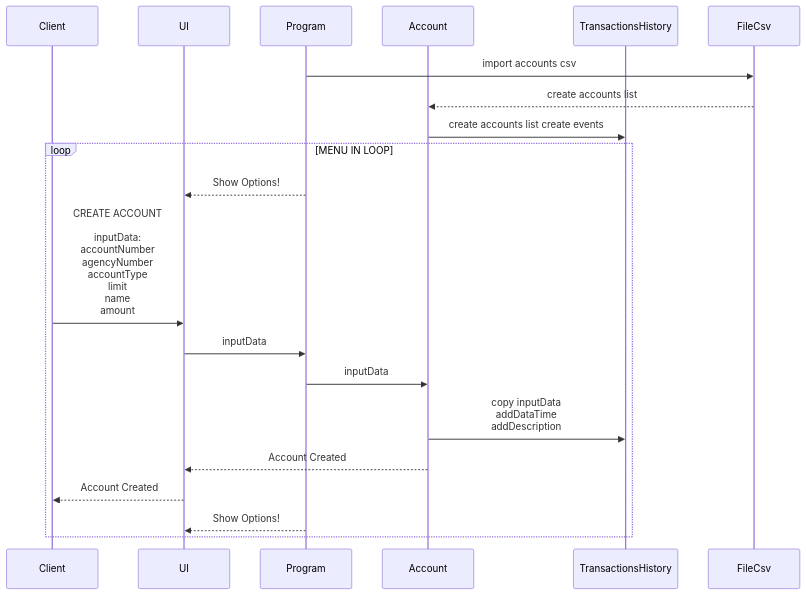
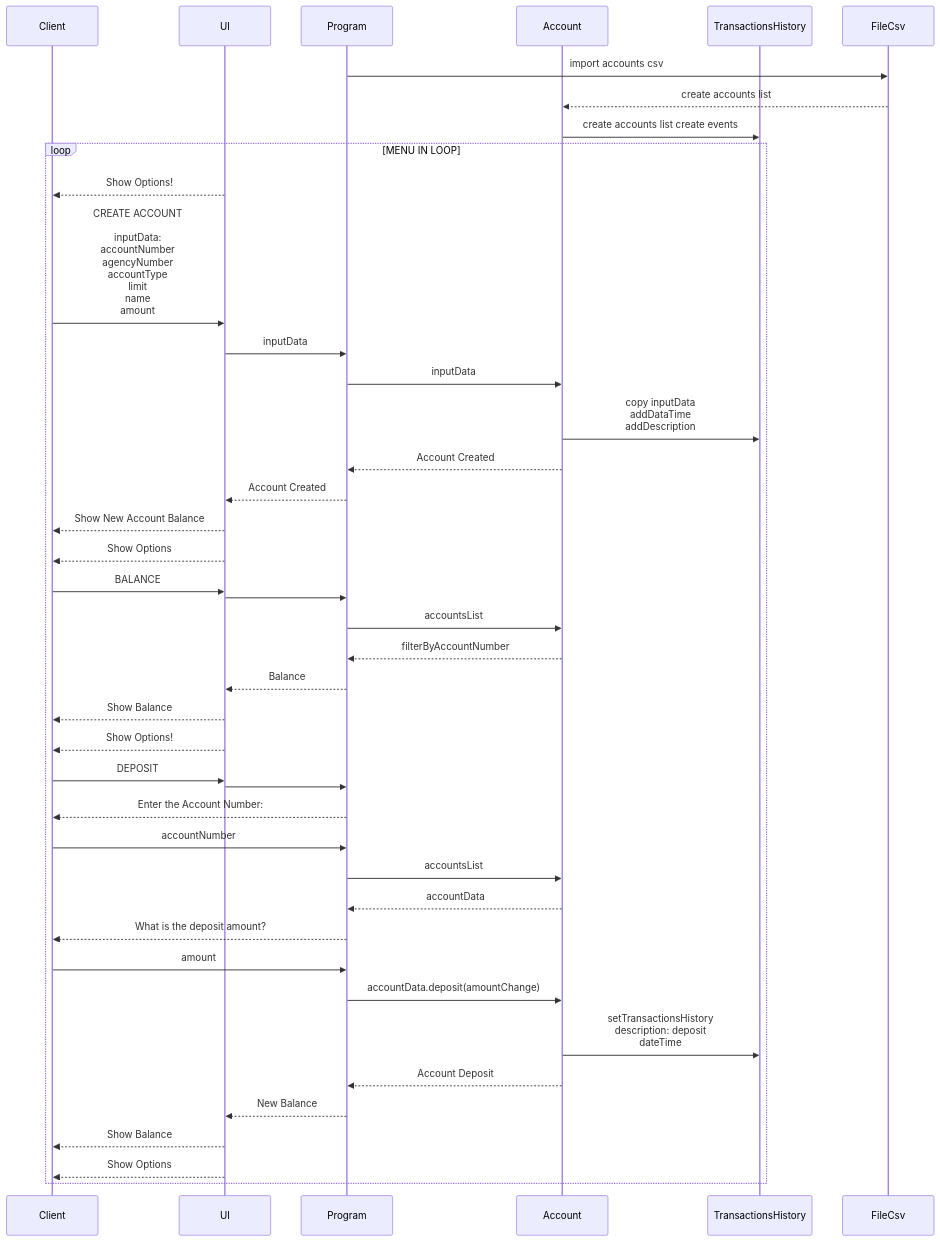
Before and after one commit to segodimor2d2/renewjava01: the first of 2 diagrams in README.md, drawn with Mermaid. The commit also changed other lines of this file, not shown here.

Commit message:
sequence02

````diff
--- a/README.md
+++ b/README.md
@@ -4,28 +4,56 @@
 ```mermaid
 sequenceDiagram
 participant Client
 participant UI
 participant Program
 
 participant Account
 participant TransactionsHistory
 participant FileCsv
     
 Program->>FileCsv: import accounts csv
 FileCsv-->>Account: create accounts list
 Account->>TransactionsHistory: create accounts list create events
 
 loop MENU IN LOOP
-Program-->>UI: Show Options!
+UI-->>Client: Show Options!
+
 Client->>UI: CREATE ACCOUNT<br><br>inputData:<br>accountNumber<br>agencyNumber<br>accountType<br>limit<br>name<br>amount
 UI->>Program: inputData
 Program->>Account: inputData
 Account->>TransactionsHistory: copy inputData<br>addDataTime<br>addDescription
-Account-->>UI: Account Created
-UI-->>Client: Account Created
-Program-->>UI: Show Options!
+Account-->>Program: Account Created
+Program-->>UI: Account Created
+UI-->>Client: Show New Account Balance
+UI-->>Client: Show Options
+
+Client->>UI: BALANCE
+UI->>Program: 
+Program->>Account: accountsList
+Account-->>Program: filterByAccountNumber
+Program-->>UI: Balance
+UI-->>Client: Show Balance
+UI-->>Client: Show Options!
+
+
+Client->>UI: DEPOSIT
+UI->>Program: 
+Program-->>Client: Enter the Account Number:
+Client->>Program: accountNumber
+Program->>Account: accountsList
+Account-->>Program: accountData
+Program-->>Client: What is the deposit amount?
+Client->>Program: amount
+Program->>Account: accountData.deposit(amountChange)
+Account->>TransactionsHistory: setTransactionsHistory<br>description: deposit<br>dateTime
+Account-->>Program: Account Deposit
+Program-->>UI: New Balance
+UI-->>Client: Show Balance
+UI-->>Client: Show Options
+
+
 end
     
 
 
 ```
````
